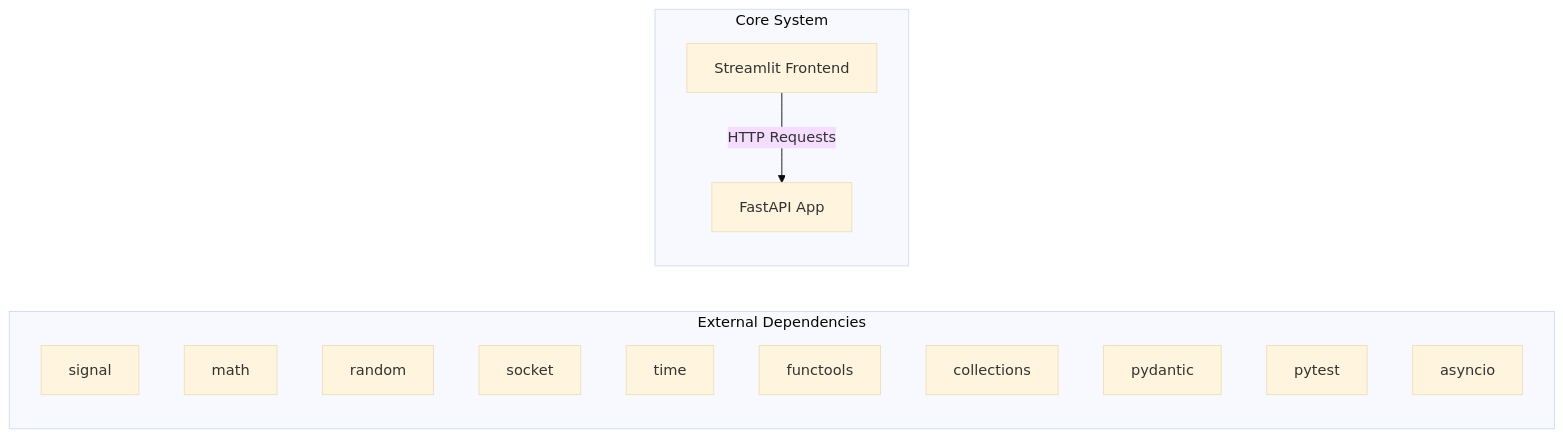
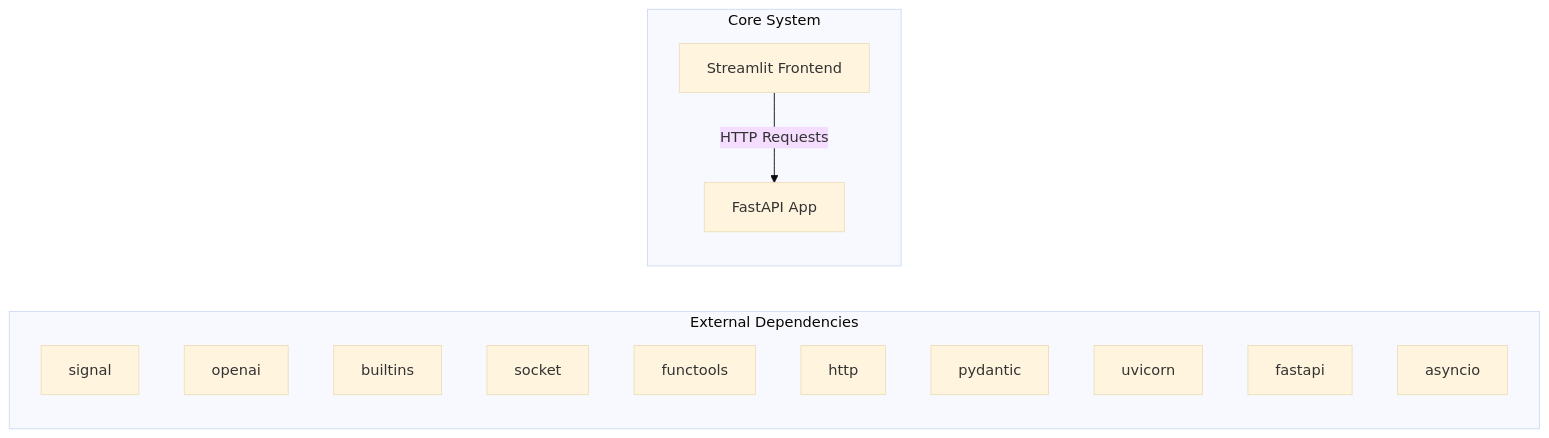
Before and after one commit to NITISH-R-G/rag-context-optimizer: the first of 2 diagrams in docs/architecture.md, drawn with Mermaid (base theme). The commit also changed 1 other file, not shown here.

Commit message:
docs: auto-update repository knowledge, architecture diagrams, and documentation

````diff
--- a/docs/architecture.md
+++ b/docs/architecture.md
@@ -7,20 +7,20 @@
 ```mermaid
 graph LR
     subgraph External Dependencies
         E0["signal"]
-        E1["math"]
-        E2["random"]
+        E1["openai"]
+        E2["builtins"]
         E3["socket"]
-        E4["time"]
-        E5["functools"]
-        E6["collections"]
-        E7["pydantic"]
-        E8["pytest"]
+        E4["functools"]
+        E5["http"]
+        E6["pydantic"]
+        E7["uvicorn"]
+        E8["fastapi"]
         E9["asyncio"]
     end
     subgraph Core System
         API["FastAPI App"]
         UI["Streamlit Frontend"]
     end
     UI -->|HTTP Requests| API
 ```
````
